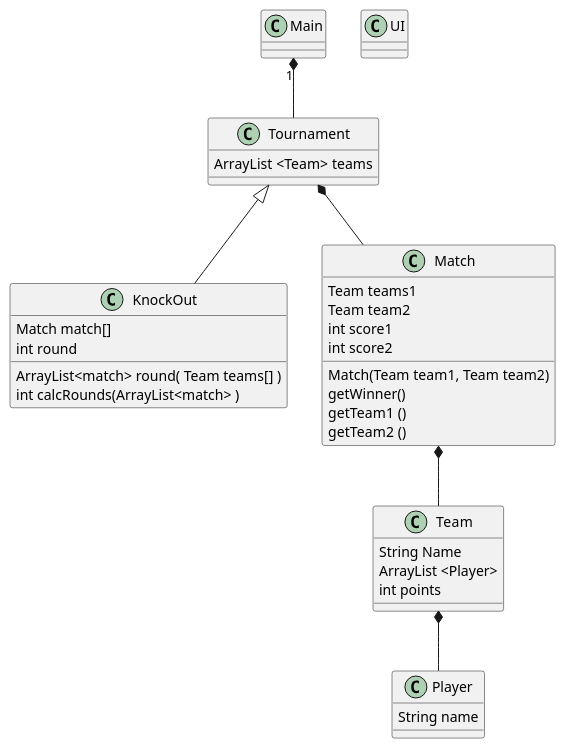
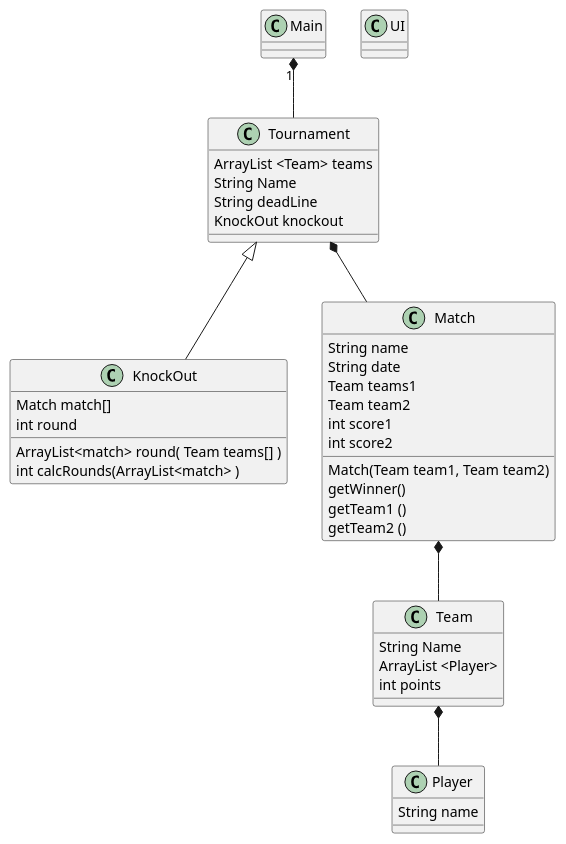
The diagram in PlantUML/ClassDiagram.puml (krisdanoda/Sp3-bordfodboldturnering), drawn with PlantUML before and after one commit. The commit also changed 8 other files, not shown here.

Commit message:
Plant uml + ui changes

```diff
--- a/PlantUML/ClassDiagram.puml
+++ b/PlantUML/ClassDiagram.puml
@@ -1,56 +1,62 @@
 @startuml
 'https://plantuml.com/class-diagram
 
 
 
 class Tournament
 'class Foosball
 'class GroupTournament
 class KnockOut
 class Player
 class Match
 class Team
 class UI
 
 
 
 Main "1" *-- Tournament
 Tournament <|-- KnockOut
 
 'Tournament <-- Foosball
 'Foosball <|-- KnockOut
 'Foosball <|-- GroupTournament
 
 Tournament *-- Match
 'GroupTournament *-- Match
 
 Match *-- Team
 Team *-- Player
 
 Tournament : ArrayList <Team> teams
+Tournament : String Name
+Tournament : String deadLine
+Tournament : KnockOut knockout
+
 
 KnockOut : Match match[]
 KnockOut : ArrayList<match> round( Team teams[] )
 KnockOut : int round
 KnockOut : int calcRounds(ArrayList<match> )
 
 
 'Team array maybe?
+Match : String name
+Match : String date
 Match : Team teams1
 Match : Team team2
 Match : int score1
 Match : int score2
 Match : Match(Team team1, Team team2)
 
 Match : getWinner()
 Match : getTeam1 ()
 Match : getTeam2 ()
 
 Team : String Name
 Team : ArrayList <Player>
 Team : int points
 
 Player : String name
 
 
 @enduml
```
